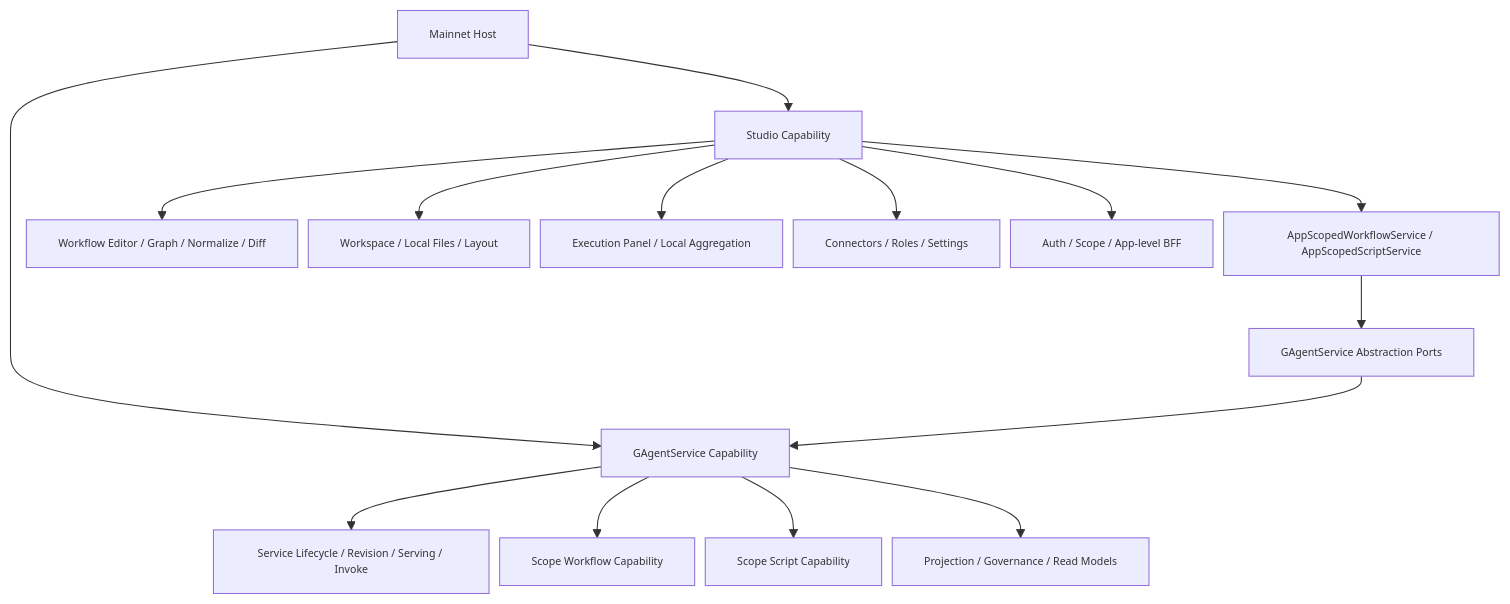
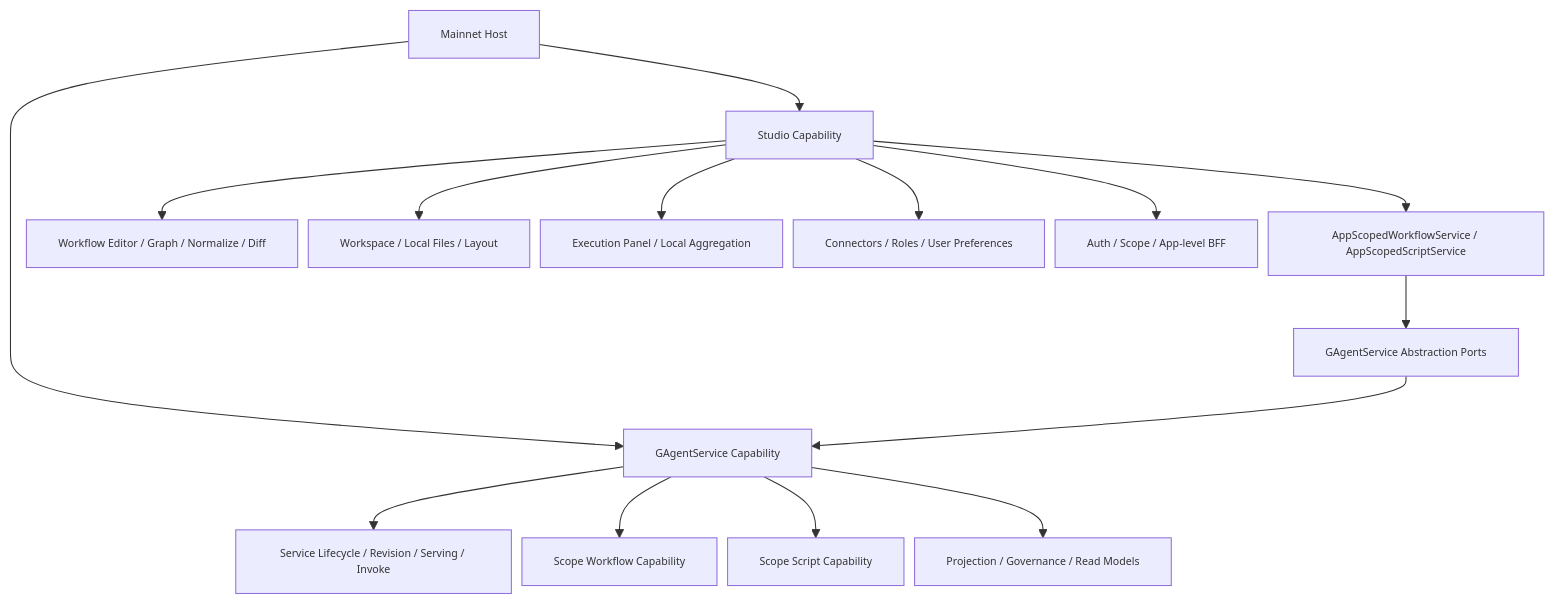
Before and after one commit to aevatarAI/aevatar: the first of 5 diagrams in docs/design/PLATFORM_ORGANIZATION.md, drawn with Mermaid. The commit also changed other lines of this file and 27 other files, not shown here.

````diff
--- a/docs/design/PLATFORM_ORGANIZATION.md
+++ b/docs/design/PLATFORM_ORGANIZATION.md
@@ -343,21 +349,21 @@
 ```mermaid
 %%{init: {"maxTextSize": 100000, "flowchart": {"useMaxWidth": false, "nodeSpacing": 10, "rankSpacing": 50}, "themeVariables": {"fontSize": "10px"}}}%%
 flowchart TB
   A["Mainnet Host"] --> B["GAgentService Capability"]
   A --> C["Studio Capability"]
 
   B --> B1["Service Lifecycle / Revision / Serving / Invoke"]
   B --> B2["Scope Workflow Capability"]
   B --> B3["Scope Script Capability"]
   B --> B4["Projection / Governance / Read Models"]
 
   C --> C1["Workflow Editor / Graph / Normalize / Diff"]
   C --> C2["Workspace / Local Files / Layout"]
   C --> C3["Execution Panel / Local Aggregation"]
-  C --> C4["Connectors / Roles / Settings"]
+  C --> C4["Connectors / Roles / User Preferences"]
   C --> C5["Auth / Scope / App-level BFF"]
 
   C --> D["AppScopedWorkflowService / AppScopedScriptService"]
   D --> E["GAgentService Abstraction Ports"]
   E --> B
 ```
````
